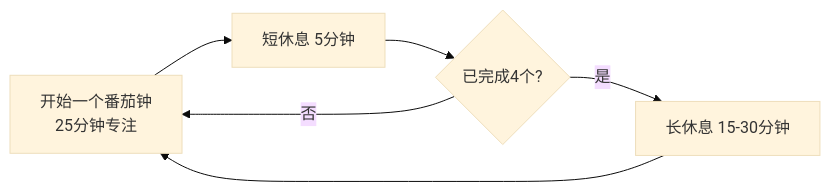
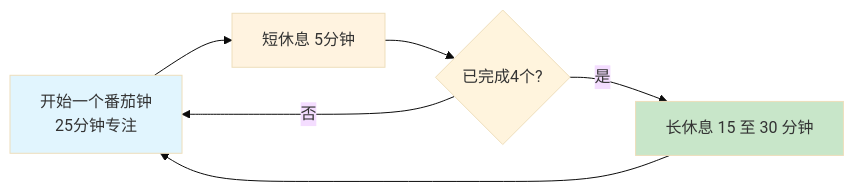
The second of 6 diagrams in packages/website/11.书籍/05.自我精进·成事/16.番茄工作法实践.md (chongyang211/YCBookBlog), drawn with Mermaid (base theme) before and after one commit. The commit also changed other lines of this file and 5 other files, not shown here.

````diff
--- a/packages/website/11.书籍/05.自我精进·成事/16.番茄工作法实践.md
+++ b/packages/website/11.书籍/05.自我精进·成事/16.番茄工作法实践.md
@@ -68,8 +71,11 @@
 ```mermaid
 graph LR
     A[开始一个番茄钟<br/>25分钟专注] --> B[短休息 5分钟]
     B --> C{已完成4个?}
     C -->|否| A
-    C -->|是| D[长休息 15-30分钟]
+    C -->|是| D[长休息 15 至 30 分钟]
     D --> A
+    style A fill:#e1f5fe
+    style B fill:#fff3e0
+    style D fill:#c8e6c9
 ```
````
